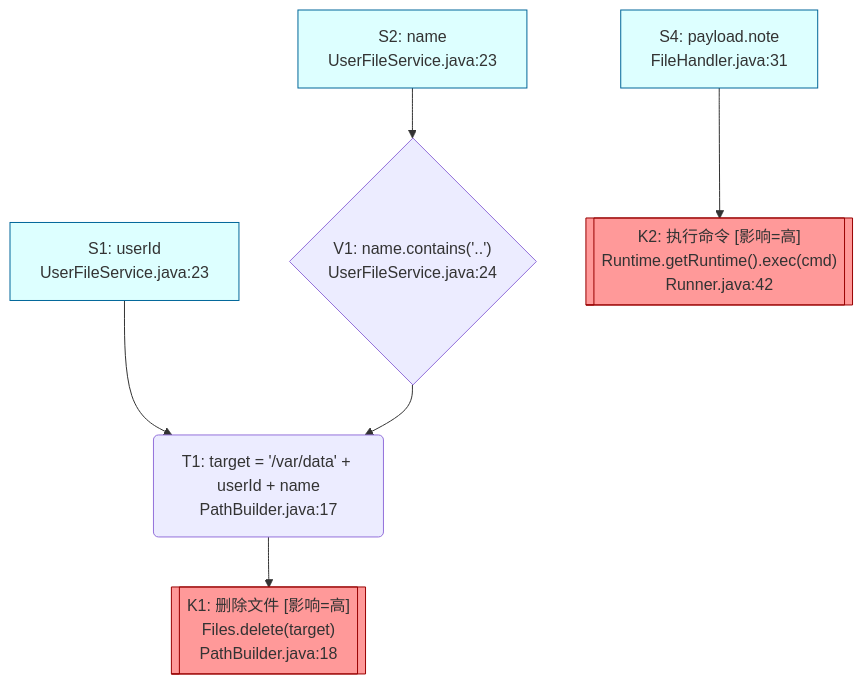
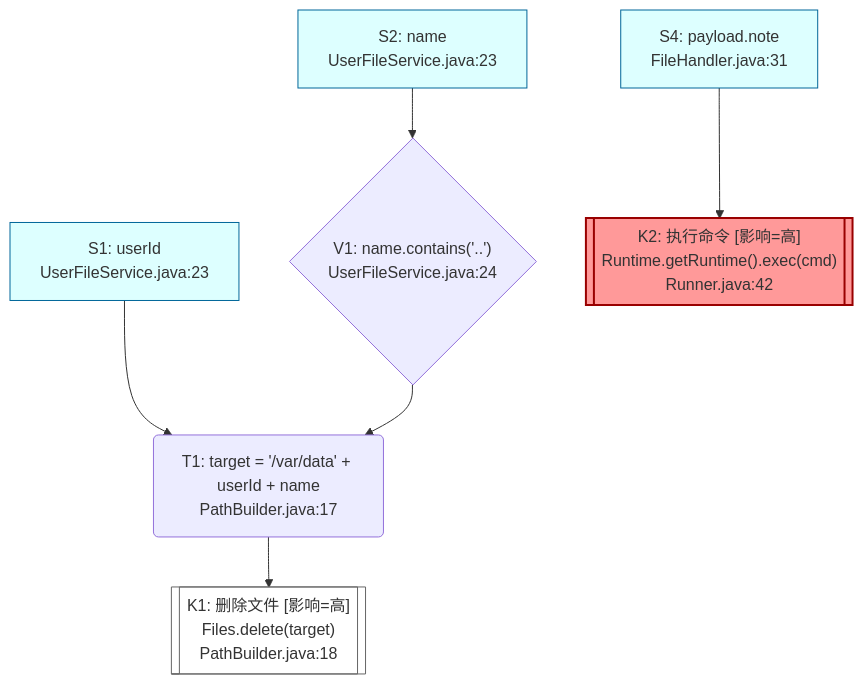
Before and after one commit to gcf0082/code-dataflow-analysis: the diagram in SKILL.md, drawn with Mermaid. The commit also changed other lines of this file, not shown here.

Commit message:
Allow security verdict (确认存在/确认不存在/无法确认) when 100% provable from code; per-flow primary, sink derived; graph.md sink color now encodes verdict not impact

````diff
--- a/SKILL.md
+++ b/SKILL.md
@@ -238,29 +262,30 @@
 ```mermaid
 graph TD
     S1["S1: userId<br/>UserFileService.java:23"]
     S2["S2: name<br/>UserFileService.java:23"]
     S4["S4: payload.note<br/>FileHandler.java:31"]
 
     V1{"V1: name.contains('..')<br/>UserFileService.java:24"}
     T1("T1: target = '/var/data' + userId + name<br/>PathBuilder.java:17")
 
     K1[["K1: 删除文件 [影响=高]<br/>Files.delete(target)<br/>PathBuilder.java:18"]]
     K2[["K2: 执行命令 [影响=高]<br/>Runtime.getRuntime().exec(cmd)<br/>Runner.java:42"]]
 
     %% F1: {S1, S2} → K1
     S1 --> T1
     S2 --> V1
     V1 --> T1
     T1 --> K1
 
     %% F2: S4 → K2
     S4 --> K2
 
     classDef src fill:#dff,stroke:#069
-    classDef high fill:#f99,stroke:#900
-    classDef mid fill:#ffd,stroke:#960
-    classDef low fill:#eee,stroke:#999
+    classDef vuln fill:#f99,stroke:#900,stroke-width:2px
+    classDef safe fill:#9f9,stroke:#090
+    classDef unknown fill:#fff,stroke:#666
 
     class S1,S2,S4 src
-    class K1,K2 high
+    class K1 unknown
+    class K2 vuln
 ```
````
